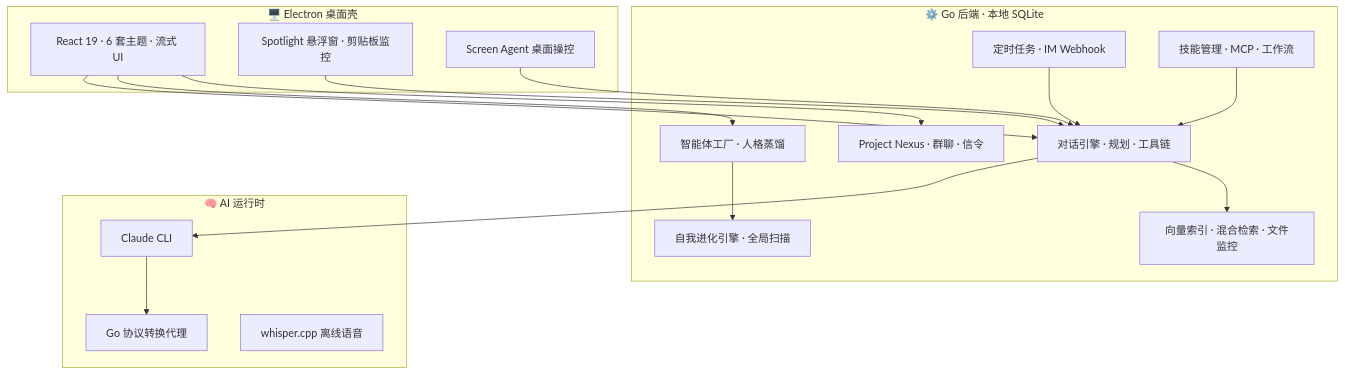
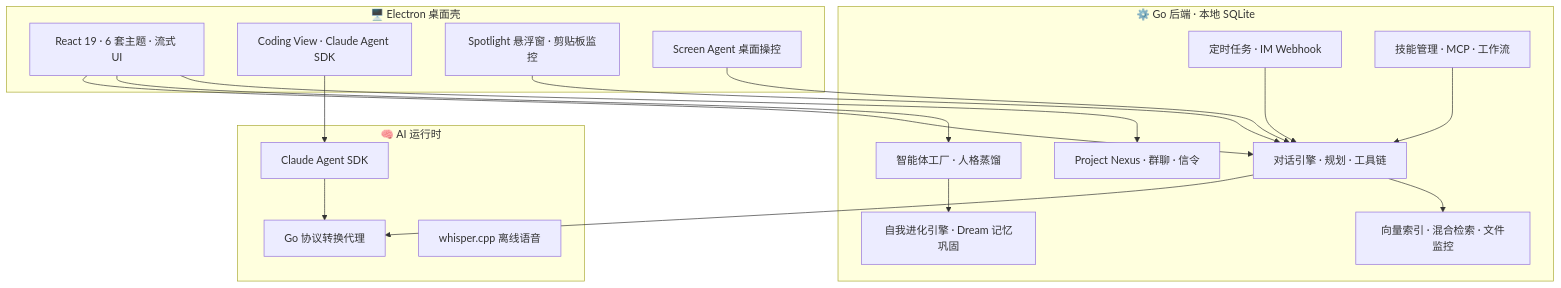
The diagram in README.md (nizhiyi/lingxi), drawn with Mermaid before and after one commit. The commit also changed other lines of this file, not shown here.

````diff
--- a/README.md
+++ b/README.md
@@ -116,36 +233,38 @@
 ```mermaid
 flowchart TB
   subgraph Desktop["🖥️ Electron 桌面壳"]
     UI["React 19 · 6 套主题 · 流式 UI"]
+    CV["Coding View · Claude Agent SDK"]
     SP["Spotlight 悬浮窗 · 剪贴板监控"]
     SC["Screen Agent 桌面操控"]
   end
 
   subgraph Core["⚙️ Go 后端 · 本地 SQLite"]
     Chat["对话引擎 · 规划 · 工具链"]
     Agent["智能体工厂 · 人格蒸馏"]
-    Evo["自我进化引擎 · 全局扫描"]
+    Evo["自我进化引擎 · Dream 记忆巩固"]
     RAG["向量索引 · 混合检索 · 文件监控"]
     Nexus["Project Nexus · 群聊 · 信令"]
     Job["定时任务 · IM Webhook"]
     Skill["技能管理 · MCP · 工作流"]
   end
 
   subgraph AI["🧠 AI 运行时"]
-    CLI["Claude CLI"]
+    SDK["Claude Agent SDK"]
     Bridge["Go 协议转换代理"]
     WH["whisper.cpp 离线语音"]
   end
 
   UI --> Chat
+  CV --> SDK
   UI --> Agent
   UI --> Nexus
-  Chat --> CLI
-  CLI --> Bridge
+  Chat --> Bridge
   Chat --> RAG
   Agent --> Evo
   SP --> Chat
   SC --> Chat
   Job --> Chat
   Skill --> Chat
+  SDK --> Bridge
 ```
````
